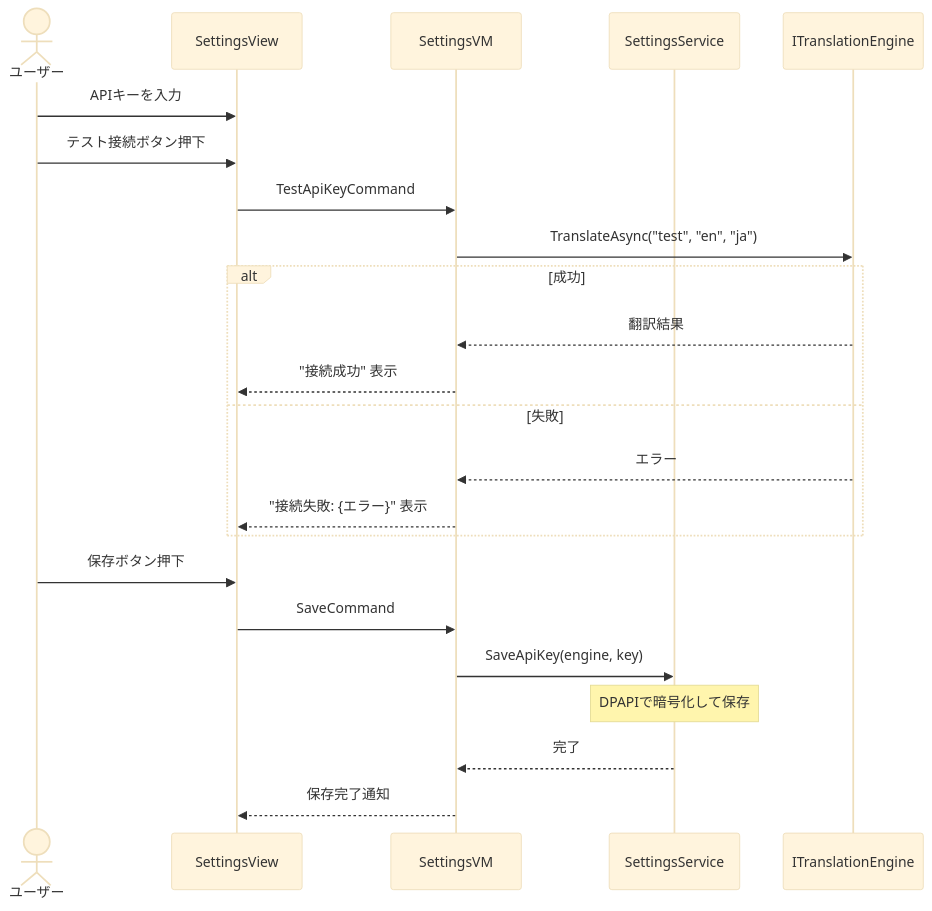
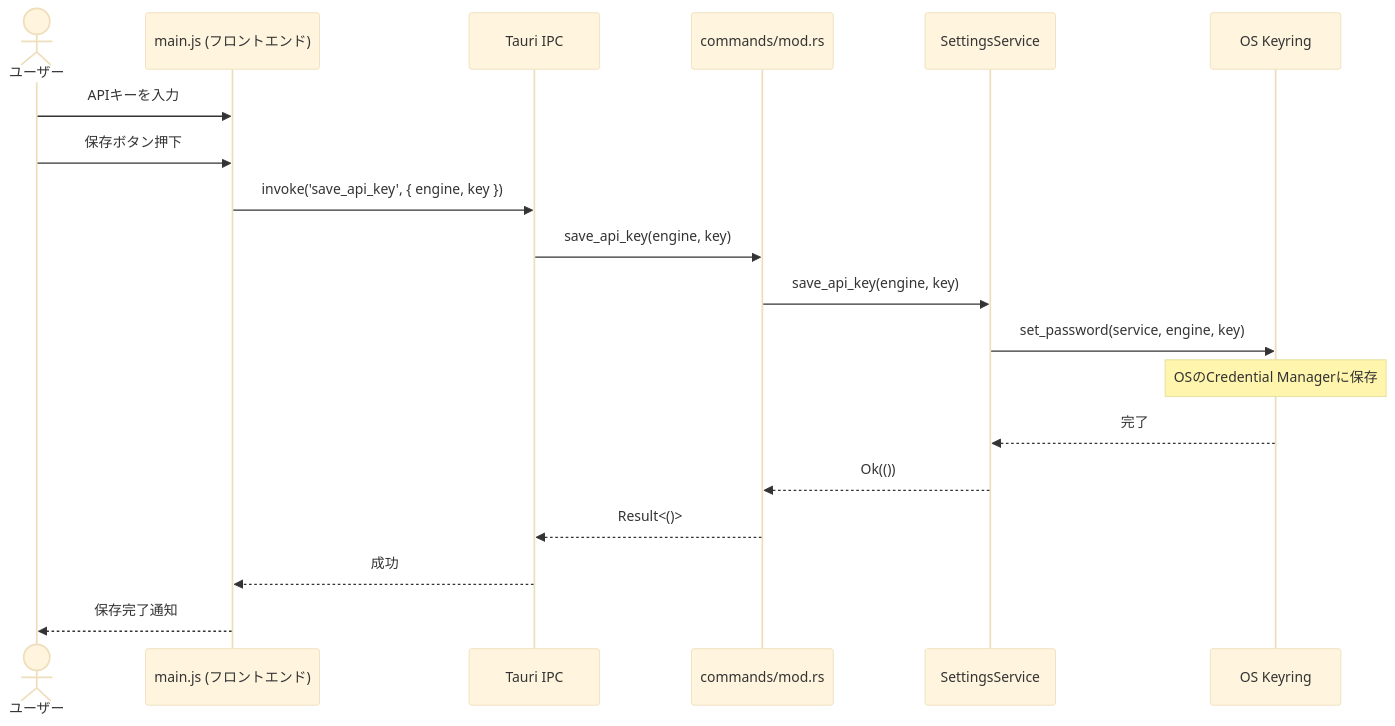
Before and after one commit to taisuk46/FactorioModTranslator: the sixth of 11 diagrams in docs/design_document.md, drawn with Mermaid (base theme). The commit also changed other lines of this file and 75 other files, not shown here.

Commit message:
feat: Implement initial Rust/Tauri application structure with services for mod loading, translation, and application management.

````diff
--- a/docs/design_document.md
+++ b/docs/design_document.md
@@ -760,28 +671,22 @@
 ```mermaid
 sequenceDiagram
     actor User as ユーザー
-    participant View as SettingsView
-    participant VM as SettingsVM
+    participant JS as main.js (フロントエンド)
+    participant IPC as Tauri IPC
+    participant Cmd as commands/mod.rs
     participant Settings as SettingsService
-    participant Engine as ITranslationEngine
+    participant Keyring as OS Keyring
 
-    User->>View: APIキーを入力
-    User->>View: テスト接続ボタン押下
-    View->>VM: TestApiKeyCommand
-
-    VM->>Engine: TranslateAsync("test", "en", "ja")
-    alt 成功
-        Engine-->>VM: 翻訳結果
-        VM-->>View: "接続成功" 表示
-    else 失敗
-        Engine-->>VM: エラー
-        VM-->>View: "接続失敗: {エラー}" 表示
-    end
-
-    User->>View: 保存ボタン押下
-    View->>VM: SaveCommand
-    VM->>Settings: SaveApiKey(engine, key)
-    Note over Settings: DPAPIで暗号化して保存
-    Settings-->>VM: 完了
-    VM-->>View: 保存完了通知
+    User->>JS: APIキーを入力
+    User->>JS: 保存ボタン押下
+    JS->>IPC: invoke('save_api_key', { engine, key })
+    IPC->>Cmd: save_api_key(engine, key)
+    Cmd->>Settings: save_api_key(engine, key)
+    Settings->>Keyring: set_password(service, engine, key)
+    Note over Keyring: OSのCredential Managerに保存
+    Keyring-->>Settings: 完了
+    Settings-->>Cmd: Ok(())
+    Cmd-->>IPC: Result<()>
+    IPC-->>JS: 成功
+    JS-->>User: 保存完了通知
 ```
````
